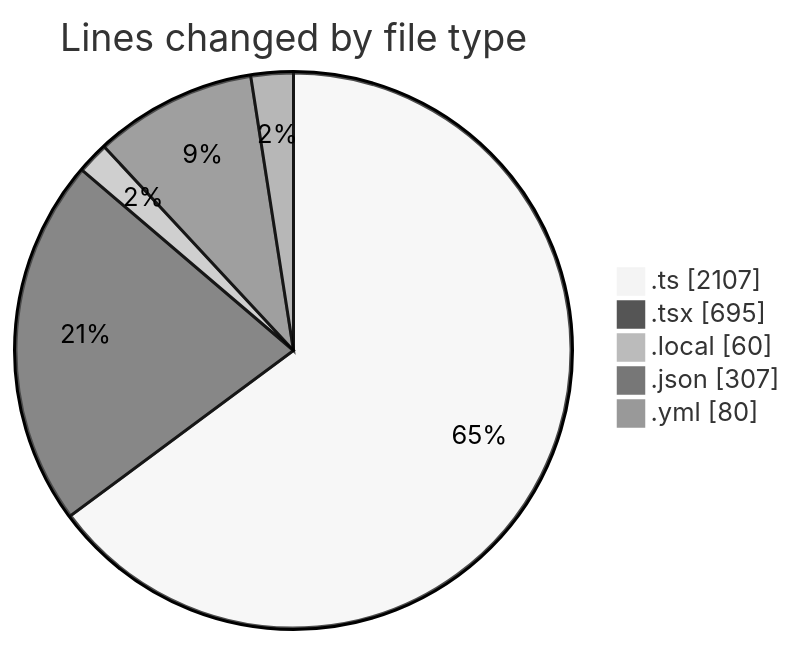
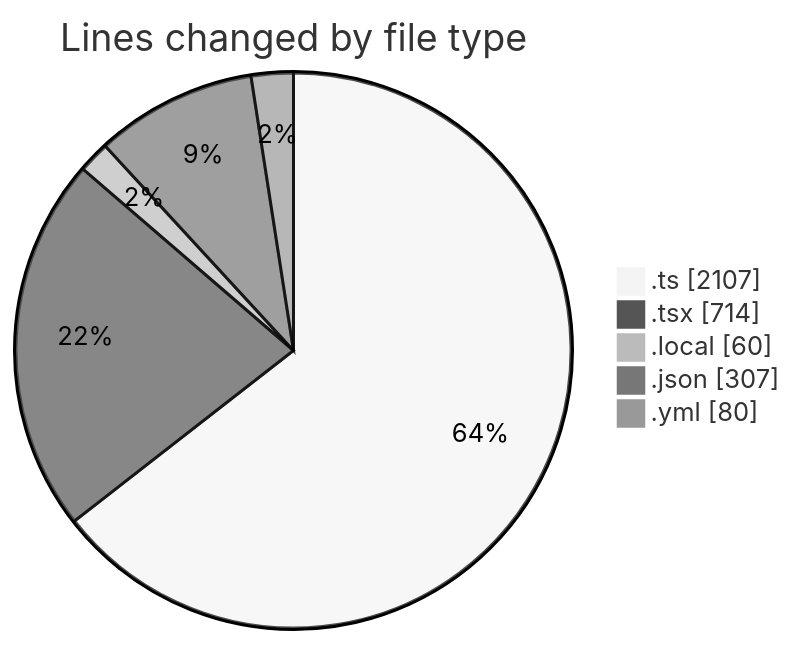
The first of 2 diagrams in 2025-11-26/eventscop-frontend-guide__workspace_/README.md (julien-gomy/code-tracking), drawn with Mermaid (neutral theme) before and after one commit. The commit also changed other lines of this file and 1 other file, not shown here.

````diff
--- a/2025-11-26/eventscop-frontend-guide__workspace_/README.md
+++ b/2025-11-26/eventscop-frontend-guide__workspace_/README.md
@@ -34,9 +34,9 @@
 ```mermaid
 pie showData
 title Lines changed by file type
 ".ts" : 2107
-".tsx" : 695
+".tsx" : 714
 ".local" : 60
 ".json" : 307
 ".yml" : 80
 ```
````
